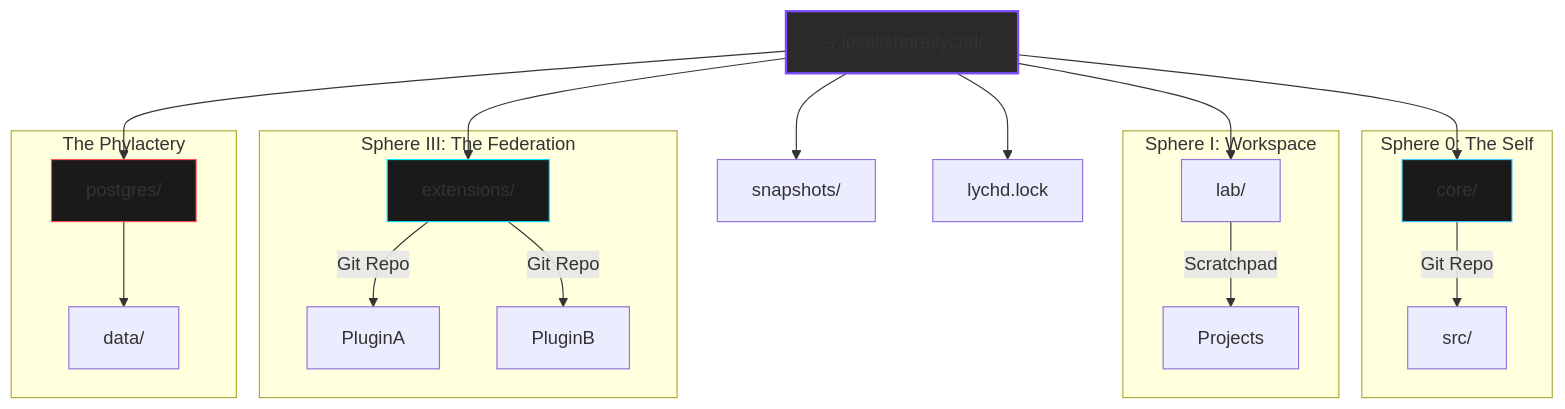
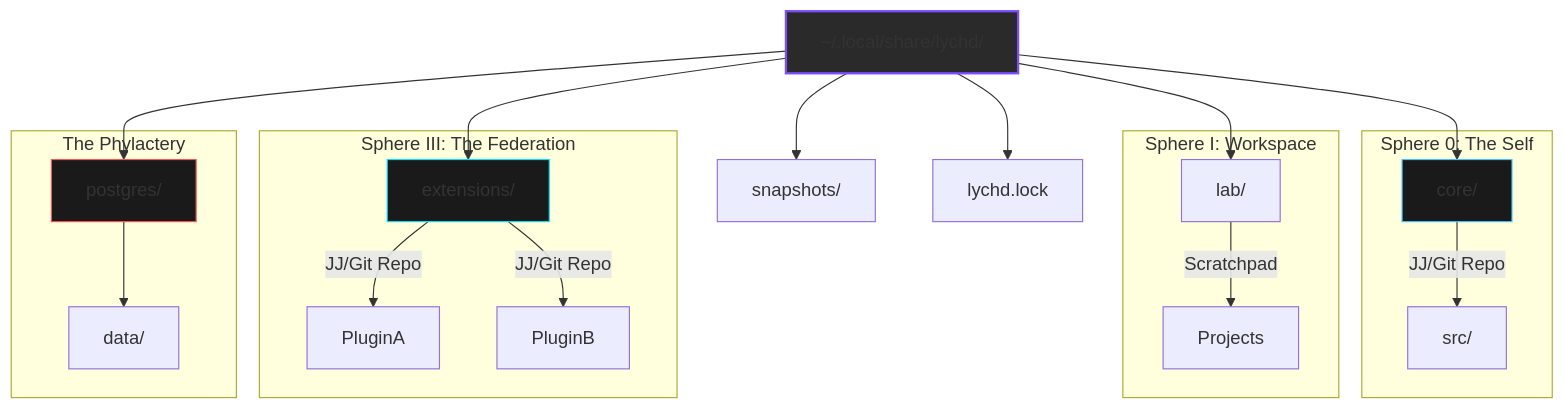
One commit to hexanomicon/lychd changed the diagram in docs/sepulcher/crypt.md. Above: the diagram before and after it, drawn with Mermaid. The commit also changed other lines of this file and 76 other files, not shown here.

````diff
--- a/docs/sepulcher/crypt.md
+++ b/docs/sepulcher/crypt.md
@@ -42,33 +42,33 @@
 ```mermaid
 graph TD
     Crypt[~/.local/share/lychd/]
 
     Crypt --> Core[core/]
     Crypt --> Lab[lab/]
     Crypt --> Ext[extensions/]
     Crypt --> PG[postgres/]
     Crypt --> Snap[snapshots/]
     Crypt --> Lock[lychd.lock]
 
     subgraph "Sphere 0: The Self"
-        Core -- Git Repo --> Source[src/]
+        Core -- JJ/Git Repo --> Source[src/]
     end
 
     subgraph "Sphere I: Workspace"
         Lab -- Scratchpad --> Projects
     end
 
     subgraph "Sphere III: The Federation"
-        Ext -- Git Repo --> PluginA
-        Ext -- Git Repo --> PluginB
+        Ext -- JJ/Git Repo --> PluginA
+        Ext -- JJ/Git Repo --> PluginB
     end
 
     subgraph "The Phylactery"
         PG --> Data[data/]
     end
 
     style Crypt fill:#2a2a2a,stroke:#7c4dff,stroke-width:2px
     style PG fill:#1a1a1a,stroke:#ff5252
     style Core fill:#1a1a1a,stroke:#40c4ff
     style Ext fill:#1a1a1a,stroke:#00e5ff
 ```
````
